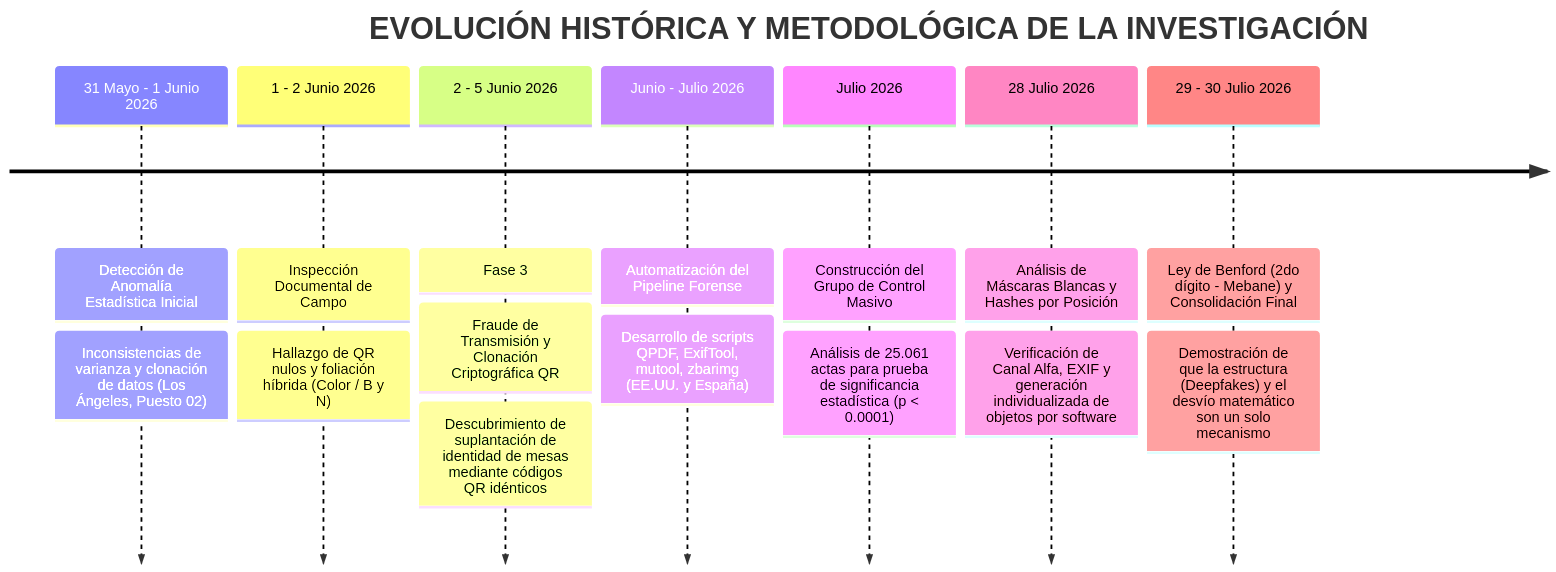
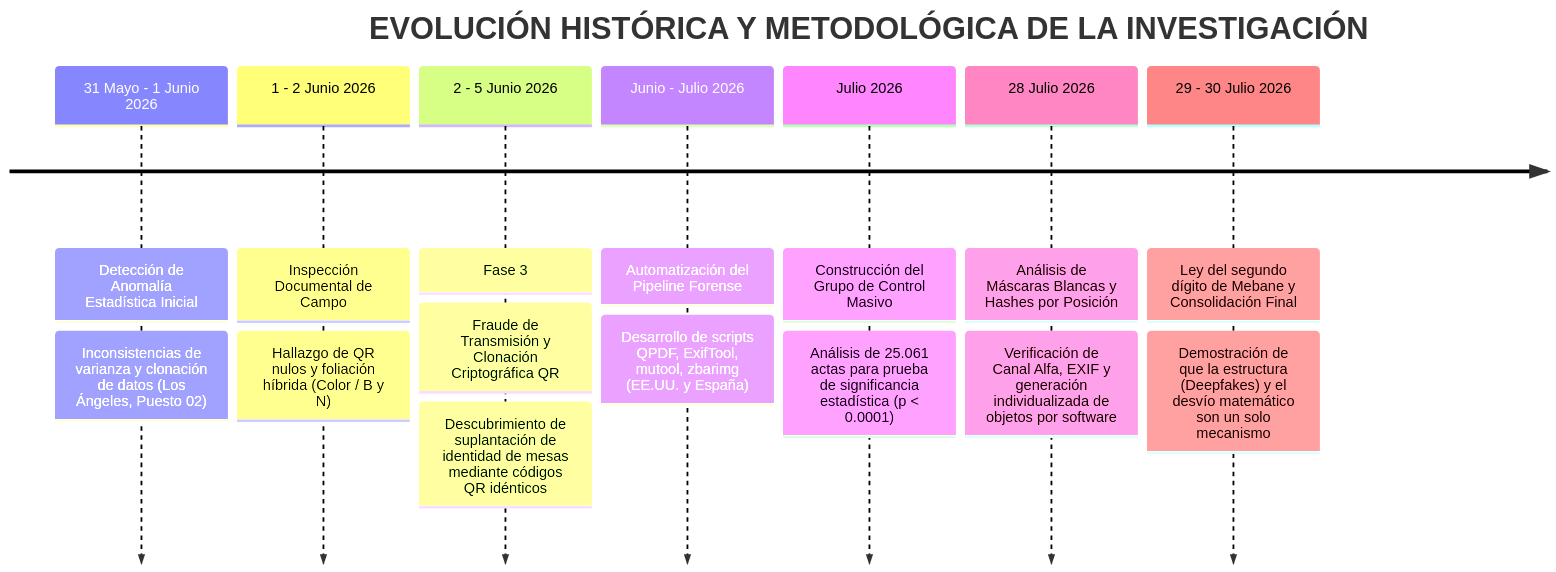
Before and after one commit to anzaca0330-pixel/AndreTaker---AnZaCa-Rep: the diagram in 03_DOCUMENTACION/SESION_01_ENTREGABLES_LEGALES/linea_de_tiempo_investigacion_forense.md, drawn with Mermaid. The commit also changed other lines of this file and 130 other files, not shown here.

````diff
--- a/03_DOCUMENTACION/SESION_01_ENTREGABLES_LEGALES/linea_de_tiempo_investigacion_forense.md
+++ b/03_DOCUMENTACION/SESION_01_ENTREGABLES_LEGALES/linea_de_tiempo_investigacion_forense.md
@@ -12,18 +12,18 @@
 ```mermaid
 timeline
     title EVOLUCIÓN HISTÓRICA Y METODOLÓGICA DE LA INVESTIGACIÓN
     31 Mayo - 1 Junio 2026 : Detección de Anomalía Estadística Inicial
                            : Inconsistencias de varianza y clonación de datos (Los Ángeles, Puesto 02)
     1 - 2 Junio 2026       : Inspección Documental de Campo
                            : Hallazgo de QR nulos y foliación híbrida (Color / B y N)
     2 - 5 Junio 2026       : Fase 3: Fraude de Transmisión y Clonación Criptográfica QR
                            : Descubrimiento de suplantación de identidad de mesas mediante códigos QR idénticos
     Junio - Julio 2026     : Automatización del Pipeline Forense
                            : Desarrollo de scripts QPDF, ExifTool, mutool, zbarimg (EE.UU. y España)
     Julio 2026             : Construcción del Grupo de Control Masivo
                            : Análisis de 25.061 actas para prueba de significancia estadística (p < 0.0001)
     28 Julio 2026          : Análisis de Máscaras Blancas y Hashes por Posición
                            : Verificación de Canal Alfa, EXIF y generación individualizada de objetos por software
-    29 - 30 Julio 2026     : Ley de Benford (2do dígito - Mebane) y Consolidación Final
+    29 - 30 Julio 2026     : Ley del segundo dígito de Mebane y Consolidación Final
                            : Demostración de que la estructura (Deepfakes) y el desvío matemático son un solo mecanismo
 ```
````
